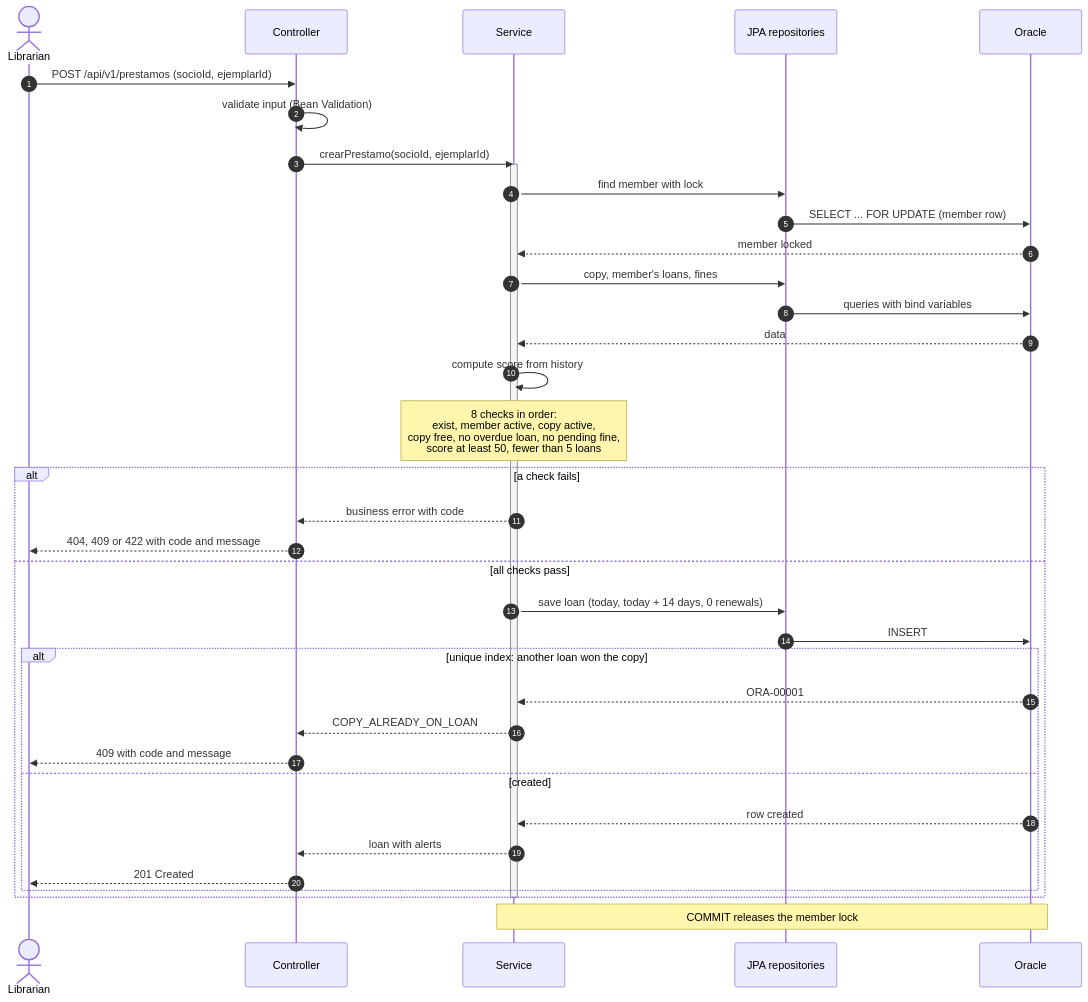
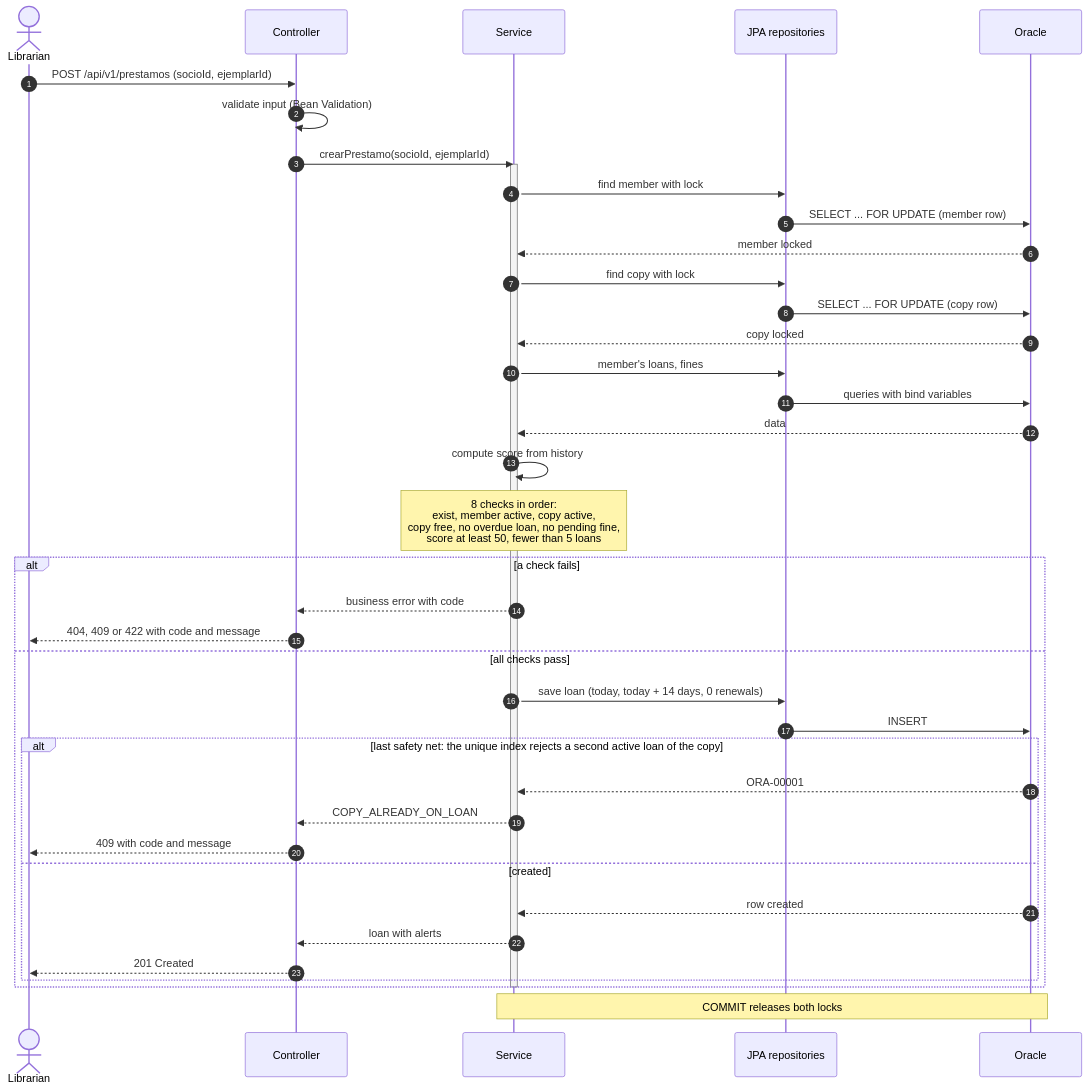
The first of 3 diagrams in docs/diagrams/sequence-diagrams.md (caronteisback/biblioteca-java), drawn with Mermaid before and after one commit. The commit also changed other lines of this file and 6 other files, not shown here.

````diff
--- a/docs/diagrams/sequence-diagrams.md
+++ b/docs/diagrams/sequence-diagrams.md
@@ -9,39 +9,42 @@
 ```mermaid
 sequenceDiagram
   autonumber
   actor C as Librarian
   participant API as Controller
   participant S as Service
   participant R as JPA repositories
   participant DB as Oracle
   C->>API: POST /api/v1/prestamos (socioId, ejemplarId)
   API->>API: validate input (Bean Validation)
   API->>S: crearPrestamo(socioId, ejemplarId)
   activate S
   S->>R: find member with lock
   R->>DB: SELECT ... FOR UPDATE (member row)
   DB-->>S: member locked
-  S->>R: copy, member's loans, fines
+  S->>R: find copy with lock
+  R->>DB: SELECT ... FOR UPDATE (copy row)
+  DB-->>S: copy locked
+  S->>R: member's loans, fines
   R->>DB: queries with bind variables
   DB-->>S: data
   S->>S: compute score from history
   Note over S: 8 checks in order:<br/>exist, member active, copy active,<br/>copy free, no overdue loan, no pending fine,<br/>score at least 50, fewer than 5 loans
   alt a check fails
     S-->>API: business error with code
     API-->>C: 404, 409 or 422 with code and message
   else all checks pass
     S->>R: save loan (today, today + 14 days, 0 renewals)
     R->>DB: INSERT
-    alt unique index: another loan won the copy
+    alt last safety net: the unique index rejects a second active loan of the copy
       DB-->>S: ORA-00001
       S-->>API: COPY_ALREADY_ON_LOAN
       API-->>C: 409 with code and message
     else created
       DB-->>S: row created
       S-->>API: loan with alerts
       API-->>C: 201 Created
     end
   end
   deactivate S
-  Note over S,DB: COMMIT releases the member lock
+  Note over S,DB: COMMIT releases both locks
 ```
````
